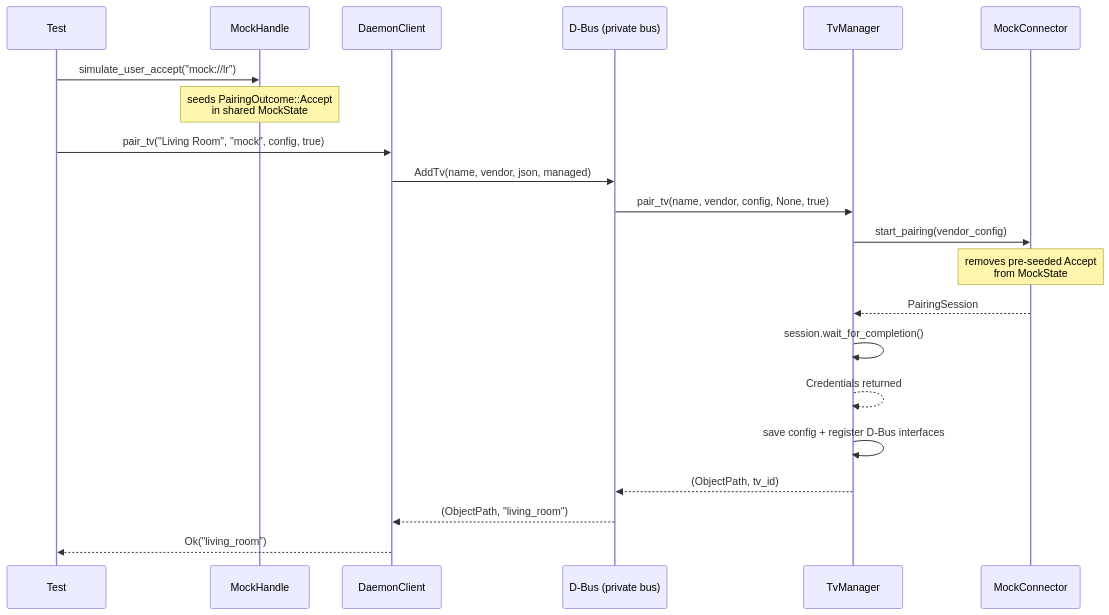
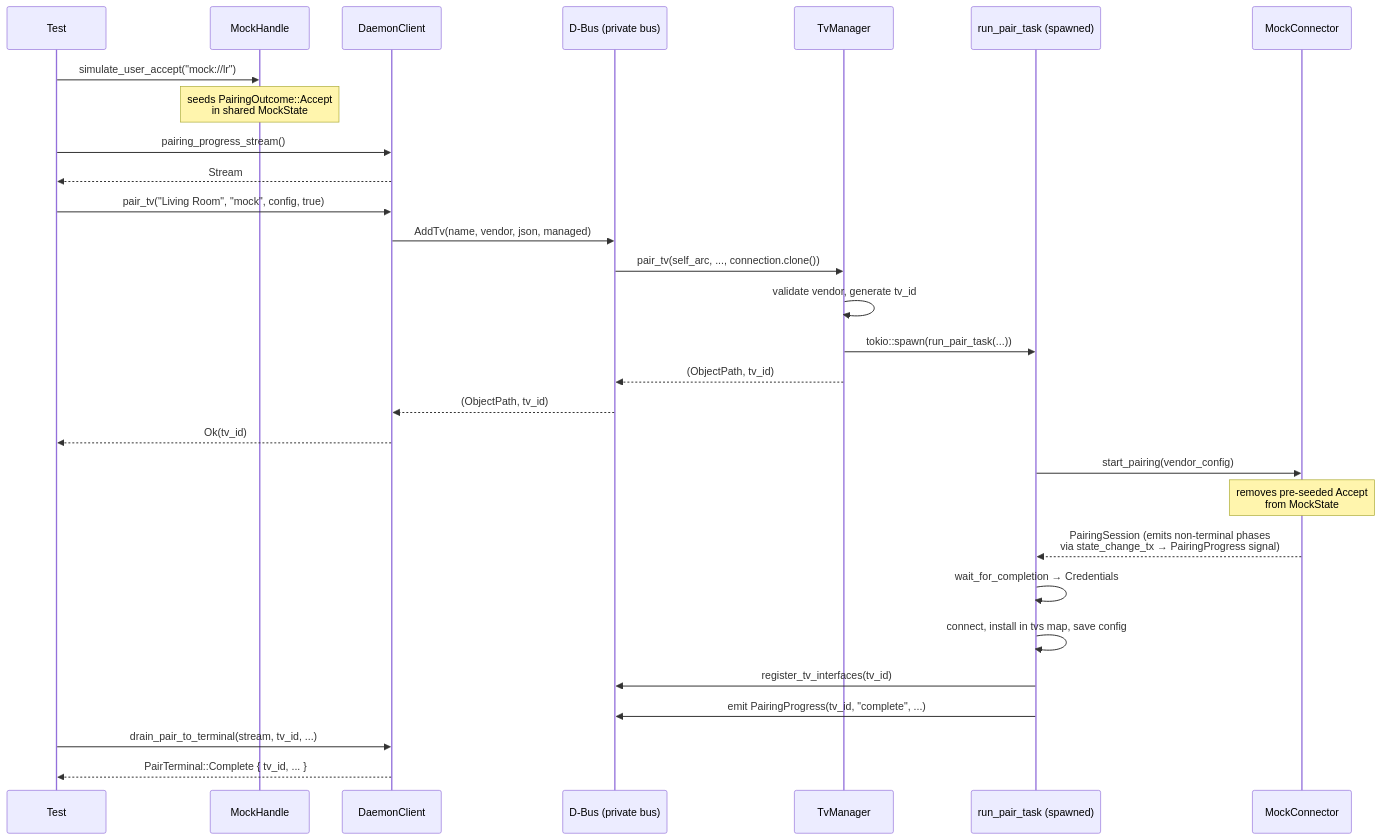
One commit to TisVlay/TisVlay changed the sixth of 7 diagrams in docs/testing.md. Above: the diagram before and after it, drawn with Mermaid. The commit also changed other lines of this file and 58 other files, not shown here.

````diff
--- a/docs/testing.md
+++ b/docs/testing.md
@@ -396,25 +396,36 @@
 ```mermaid
 sequenceDiagram
     participant Test
     participant Handle as MockHandle
     participant Client as DaemonClient
     participant DBus as D-Bus (private bus)
     participant Mgr as TvManager
+    participant Task as run_pair_task (spawned)
     participant Conn as MockConnector
 
     Test->>Handle: simulate_user_accept("mock://lr")
     Note over Handle: seeds PairingOutcome::Accept<br/>in shared MockState
 
+    Test->>Client: pairing_progress_stream()
+    Client-->>Test: Stream
+
     Test->>Client: pair_tv("Living Room", "mock", config, true)
     Client->>DBus: AddTv(name, vendor, json, managed)
-    DBus->>Mgr: pair_tv(name, vendor, config, None, true)
-    Mgr->>Conn: start_pairing(vendor_config)
+    DBus->>Mgr: pair_tv(self_arc, ..., connection.clone())
+    Mgr->>Mgr: validate vendor, generate tv_id
+    Mgr->>Task: tokio::spawn(run_pair_task(...))
+    Mgr-->>DBus: (ObjectPath, tv_id)
+    DBus-->>Client: (ObjectPath, tv_id)
+    Client-->>Test: Ok(tv_id)
+
+    Task->>Conn: start_pairing(vendor_config)
     Note over Conn: removes pre-seeded Accept<br/>from MockState
-    Conn-->>Mgr: PairingSession
-    Mgr->>Mgr: session.wait_for_completion()
-    Mgr-->>Mgr: Credentials returned
-    Mgr->>Mgr: save config + register D-Bus interfaces
-    Mgr-->>DBus: (ObjectPath, tv_id)
-    DBus-->>Client: (ObjectPath, "living_room")
-    Client-->>Test: Ok("living_room")
+    Conn-->>Task: PairingSession (emits non-terminal phases<br/>via state_change_tx → PairingProgress signal)
+    Task->>Task: wait_for_completion → Credentials
+    Task->>Task: connect, install in tvs map, save config
+    Task->>DBus: register_tv_interfaces(tv_id)
+    Task->>DBus: emit PairingProgress(tv_id, "complete", ...)
+
+    Test->>Client: drain_pair_to_terminal(stream, tv_id, ...)
+    Client-->>Test: PairTerminal::Complete { tv_id, ... }
 ```
````
